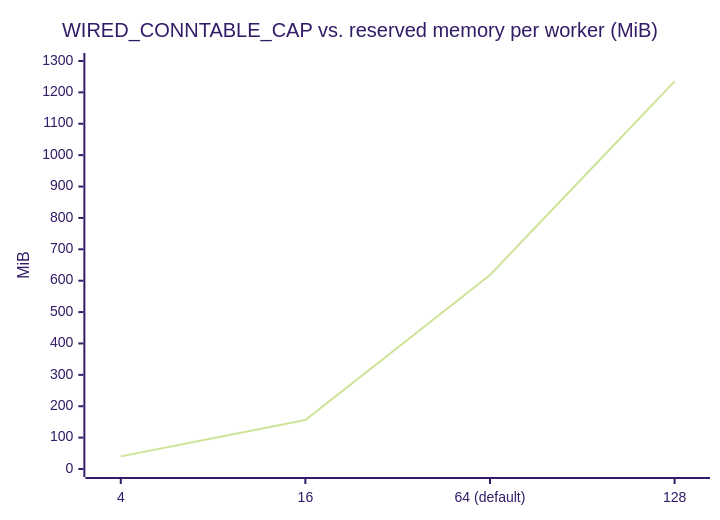
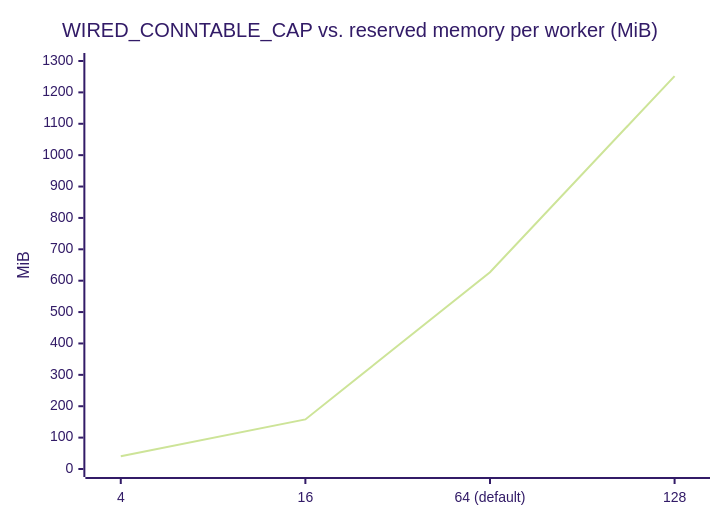
One commit to Hakkadaikon/wired changed the ninth of 9 diagrams in docs/architecture/memory.md. Above: the diagram before and after it, drawn with Mermaid (forest theme). The commit also changed other lines of this file and 5 other files, not shown here.

````diff
--- a/docs/architecture/memory.md
+++ b/docs/architecture/memory.md
@@ -168,7 +168,7 @@
 ```mermaid
 xychart-beta
     title "WIRED_CONNTABLE_CAP vs. reserved memory per worker (MiB)"
     x-axis ["4", "16", "64 (default)", "128"]
     y-axis "MiB" 0 --> 1300
-    line [40.2, 156, 618, 1235]
+    line [40.7, 158, 627, 1252]
 ```
````
